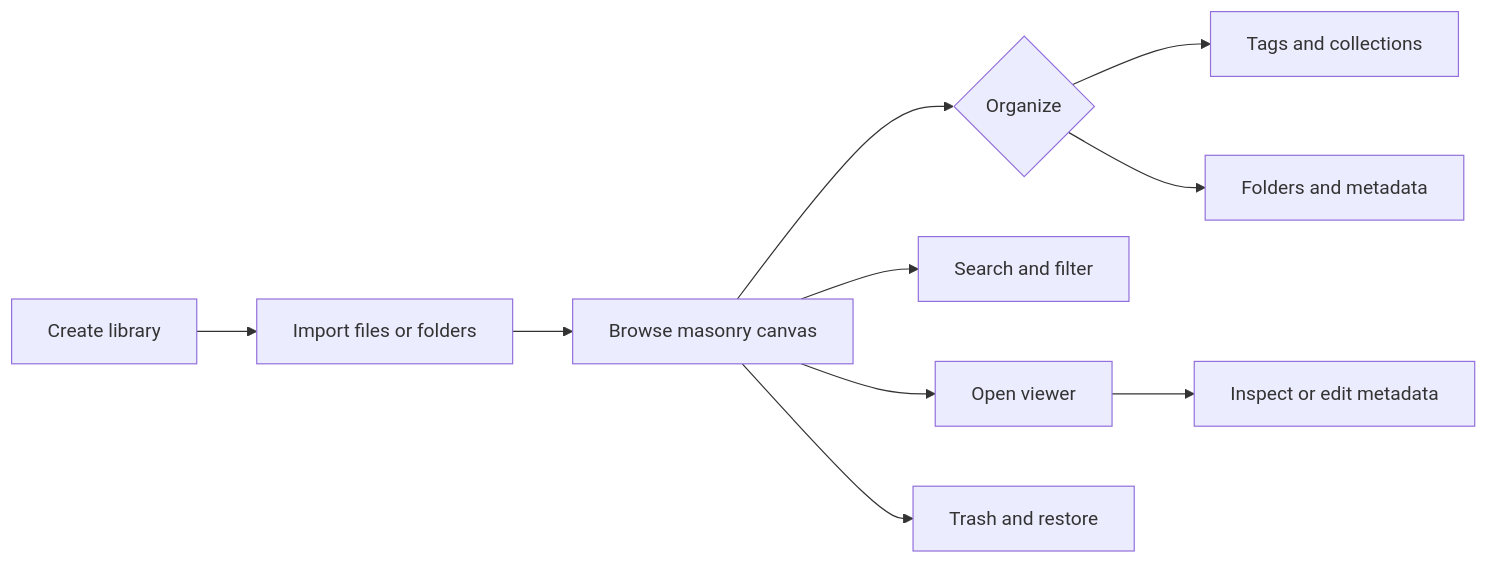
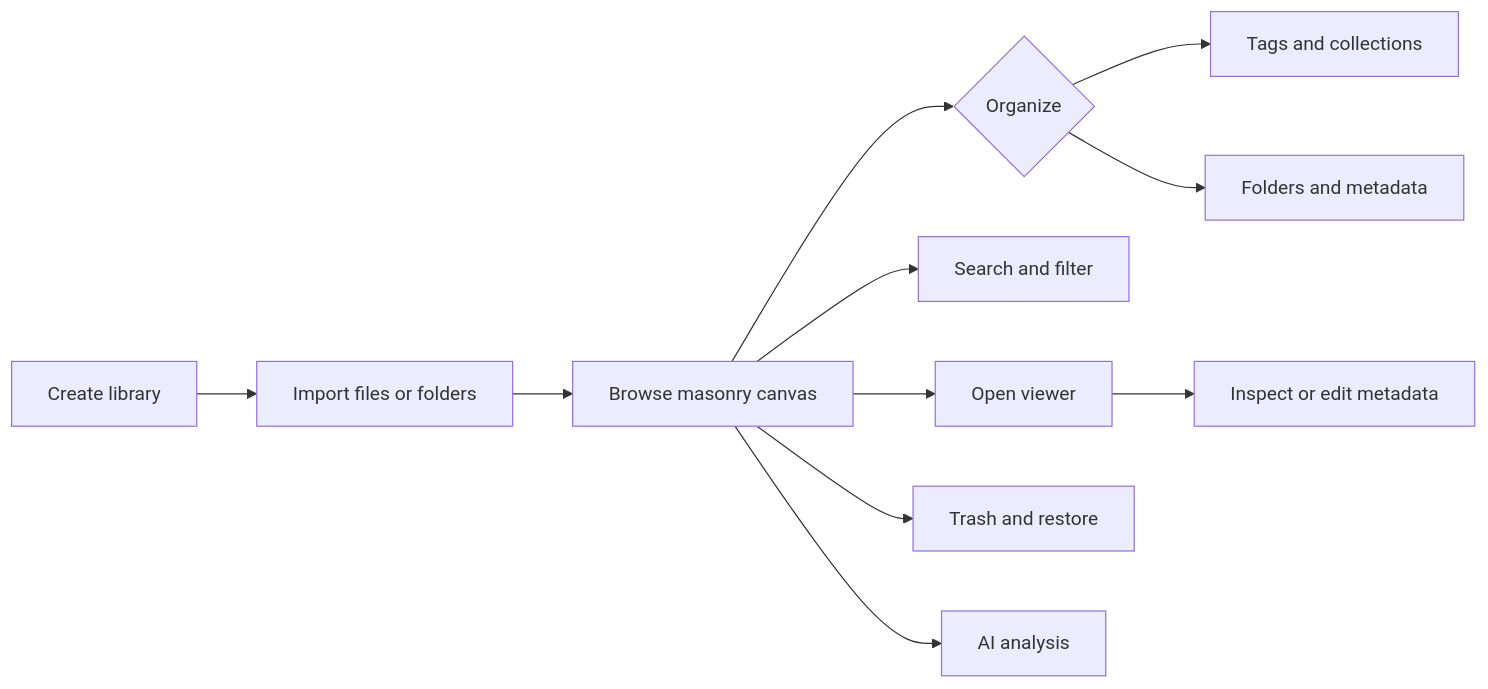
One commit to dolag233/Serpent changed the diagram in docs/user-guide/README.en.md. Above: the diagram before and after it, drawn with Mermaid. The commit also changed other lines of this file and 44 other files, not shown here.

````diff
--- a/docs/user-guide/README.en.md
+++ b/docs/user-guide/README.en.md
@@ -27,12 +29,13 @@
 ```mermaid
 flowchart LR
     A[Create library] --> B[Import files or folders]
     B --> C[Browse masonry canvas]
     C --> D{Organize}
     D --> E[Tags and collections]
     D --> F[Folders and metadata]
     C --> G[Search and filter]
     C --> H[Open viewer]
     H --> I[Inspect or edit metadata]
     C --> J[Trash and restore]
+    C --> K[AI analysis]
 ```
````
